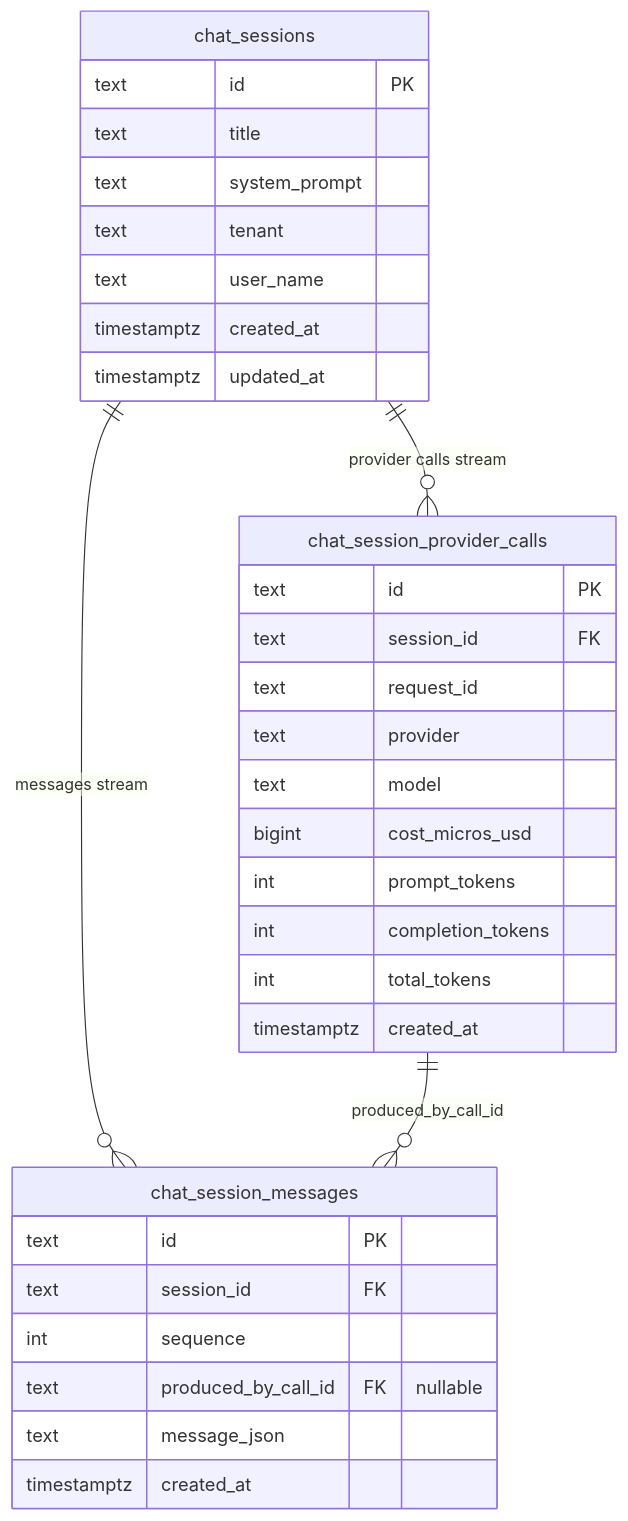
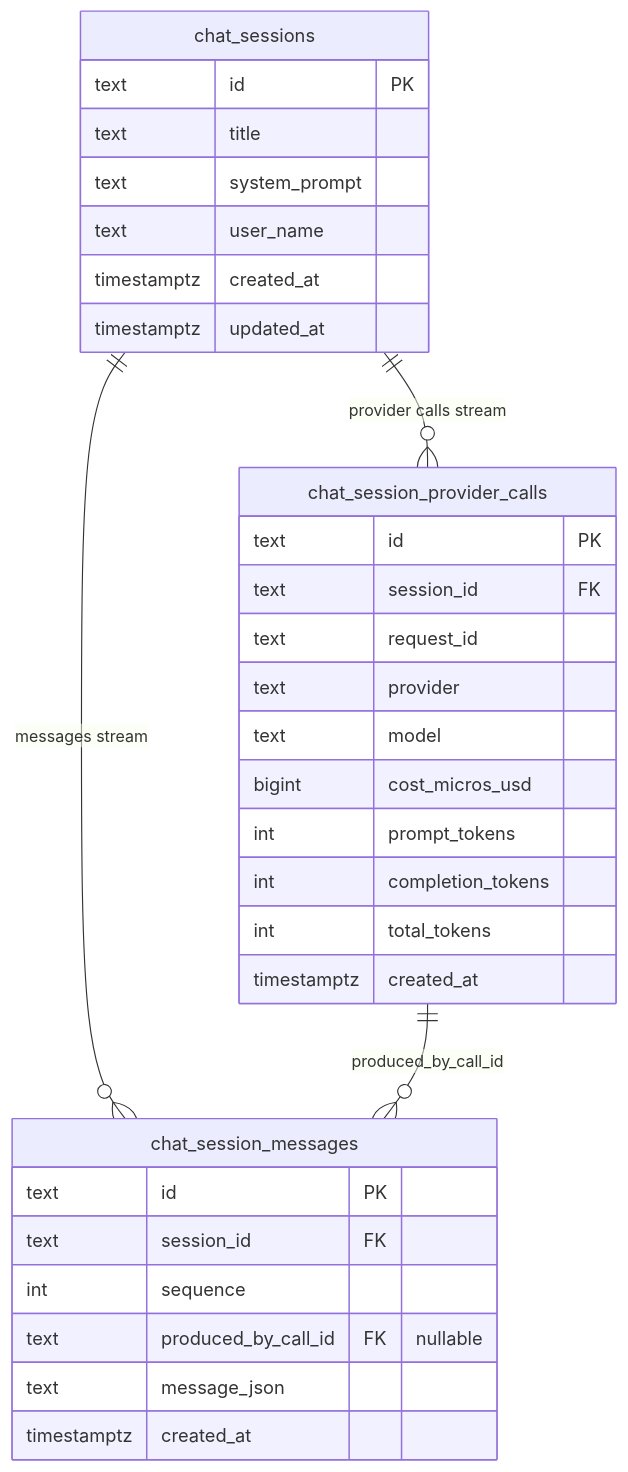
Before and after one commit to hecatehq/hecate: the first of 2 diagrams in docs/chat-sessions.md, drawn with Mermaid. The commit also changed other lines of this file and 32 other files, not shown here.

````diff
--- a/docs/chat-sessions.md
+++ b/docs/chat-sessions.md
@@ -14,36 +14,35 @@
 ```mermaid
 erDiagram
     chat_sessions ||--o{ chat_session_messages : "messages stream"
     chat_sessions ||--o{ chat_session_provider_calls : "provider calls stream"
     chat_session_provider_calls ||--o{ chat_session_messages : "produced_by_call_id"
 
     chat_sessions {
         text id PK
         text title
         text system_prompt
-        text tenant
         text user_name
         timestamptz created_at
         timestamptz updated_at
     }
     chat_session_messages {
         text id PK
         text session_id FK
         int sequence
         text produced_by_call_id FK "nullable"
         text message_json
         timestamptz created_at
     }
     chat_session_provider_calls {
         text id PK
         text session_id FK
         text request_id
         text provider
         text model
         bigint cost_micros_usd
         int prompt_tokens
         int completion_tokens
         int total_tokens
         timestamptz created_at
     }
 ```
````
